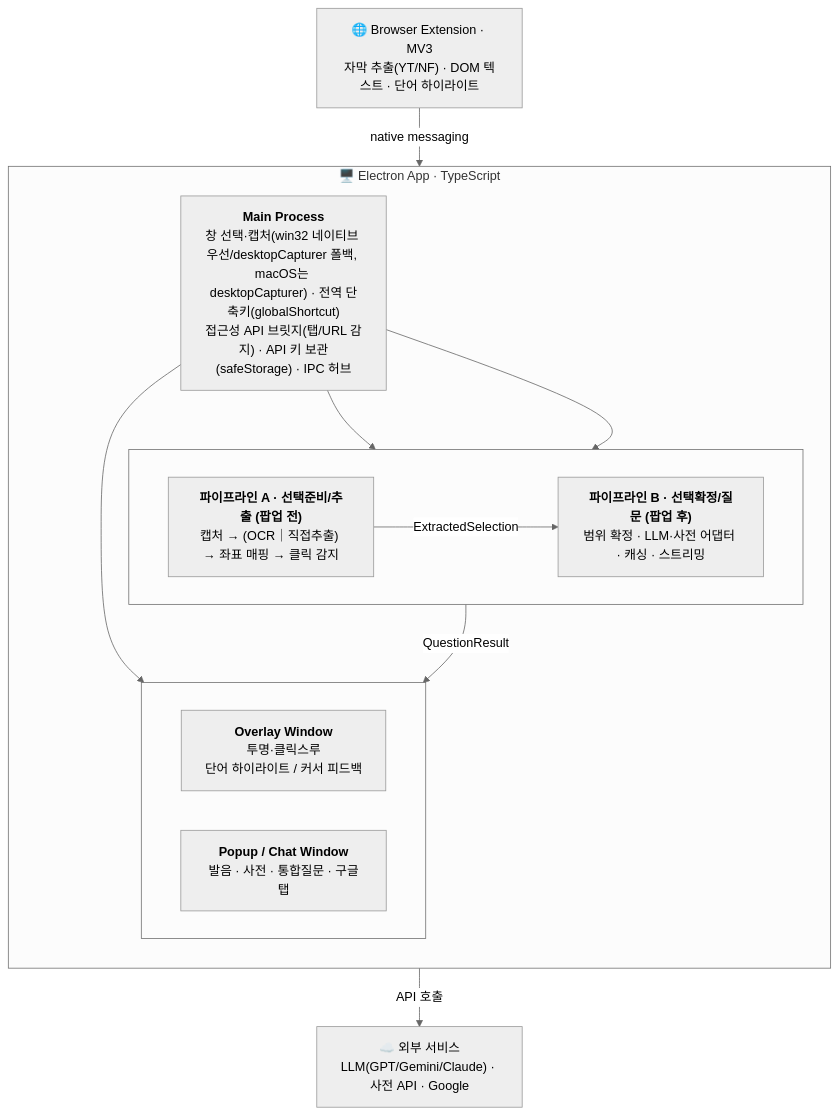
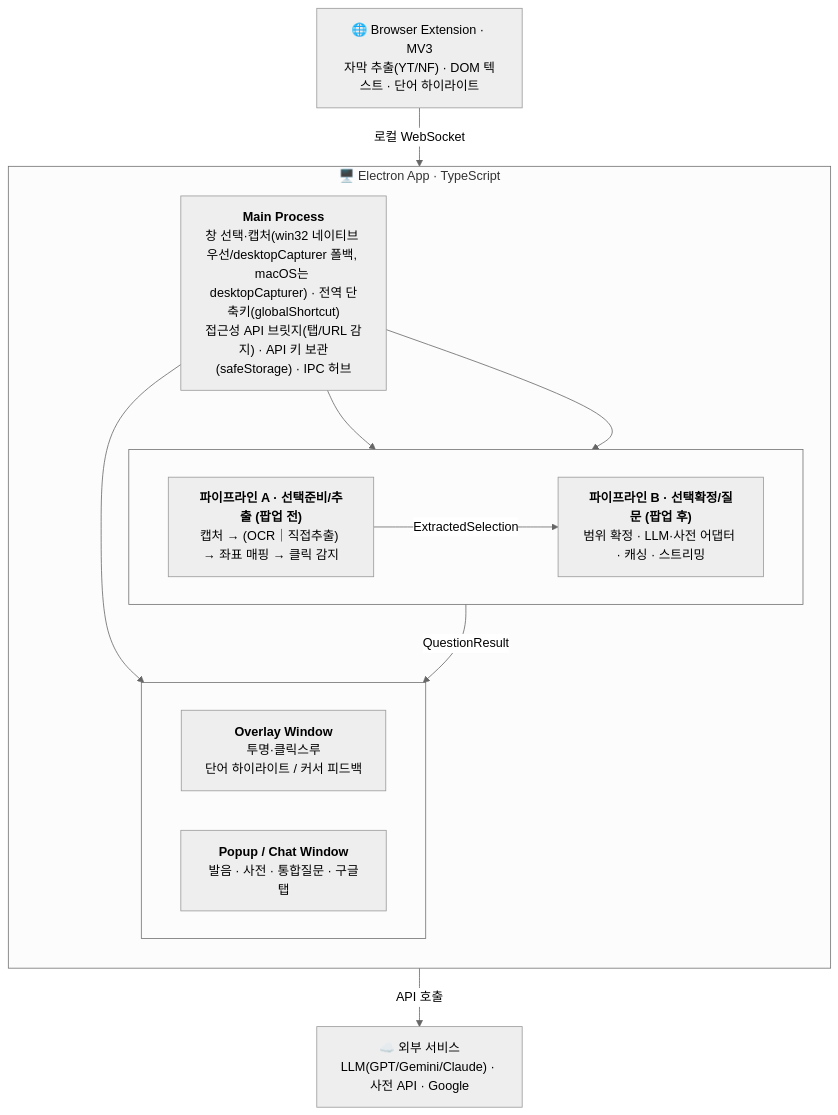
Before and after one commit to madcamp-official/JoJo: the diagram in PLAN.md, drawn with Mermaid (neutral theme). The commit also changed other lines of this file and 1 other file, not shown here.

````diff
--- a/PLAN.md
+++ b/PLAN.md
@@ -167,31 +167,31 @@
 ```mermaid
 flowchart TB
     EXT["🌐 Browser Extension · MV3<br/>자막 추출(YT/NF) · DOM 텍스트 · 단어 하이라이트"]
 
     subgraph APP["🖥️ Electron App · TypeScript"]
         direction TB
         MAIN["<b>Main Process</b><br/>창 선택·캡처(win32 네이티브 우선/desktopCapturer 폴백, macOS는 desktopCapturer) · 전역 단축키(globalShortcut)<br/>접근성 API 브릿지(탭/URL 감지) · API 키 보관(safeStorage) · IPC 허브"]
 
         subgraph PIPE[" "]
             direction LR
             PA["<b>파이프라인 A · 선택준비/추출 (팝업 전)</b><br/>캡처 → (OCR｜직접추출) → 좌표 매핑 → 클릭 감지"]
             PB["<b>파이프라인 B · 선택확정/질문 (팝업 후)</b><br/>범위 확정 · LLM·사전 어댑터 · 캐싱 · 스트리밍"]
         end
 
         subgraph WINS[" "]
             direction LR
             OVL["<b>Overlay Window</b><br/>투명·클릭스루<br/>단어 하이라이트 / 커서 피드백"]
             POP["<b>Popup / Chat Window</b><br/>발음 · 사전 · 통합질문 · 구글탭"]
         end
     end
 
     SVC["☁️ 외부 서비스<br/>LLM(GPT/Gemini/Claude) · 사전 API · Google"]
 
-    EXT -- "native messaging" --> MAIN
+    EXT -- "로컬 WebSocket" --> MAIN
     MAIN --> PA
     MAIN --> PB
     MAIN --> OVL
     PA -- "ExtractedSelection" --> PB
     PB -- "QuestionResult" --> POP
     PB -- "API 호출" --> SVC
 ```
````
